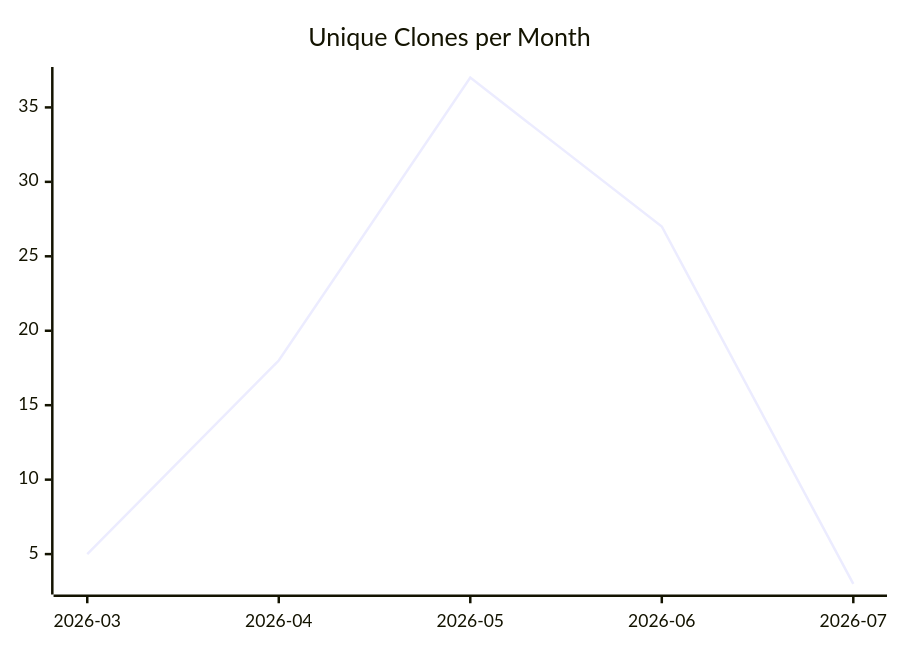
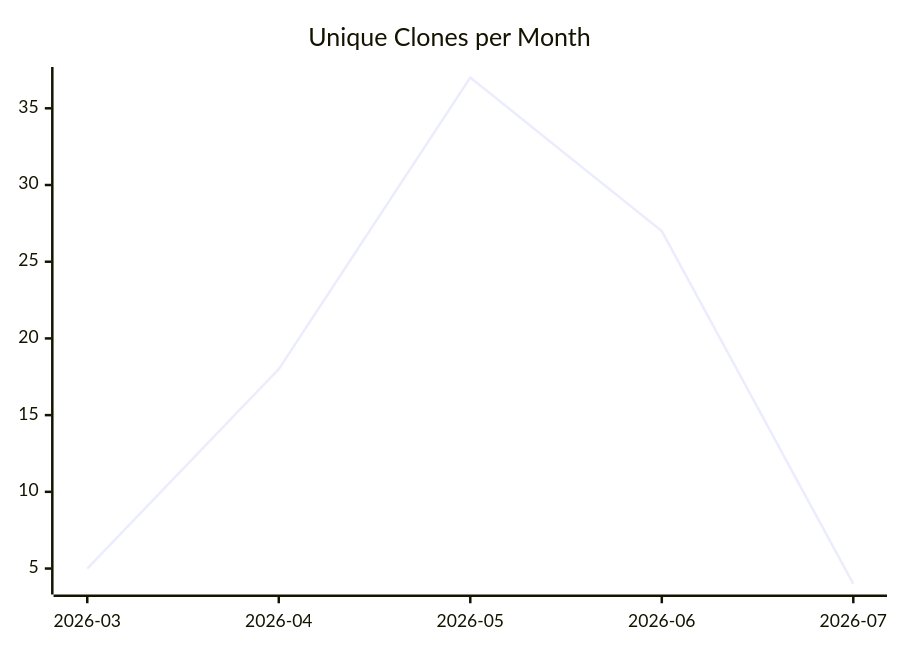
One commit to justdavis-family/github-analytics-data changed the third of 3 diagrams in karlmdavis/obsidian-operator/README.md. Above: the diagram before and after it, drawn with Mermaid. The commit also changed other lines of this file and 188 other files, not shown here.

````diff
--- a/karlmdavis/obsidian-operator/README.md
+++ b/karlmdavis/obsidian-operator/README.md
@@ -19,6 +19,6 @@
 ```mermaid
 xychart-beta
   title "Unique Clones per Month"
   x-axis ["2026-03", "2026-04", "2026-05", "2026-06", "2026-07"]
-  line [5, 18, 37, 27, 3]
+  line [5, 18, 37, 27, 4]
 ```
````
